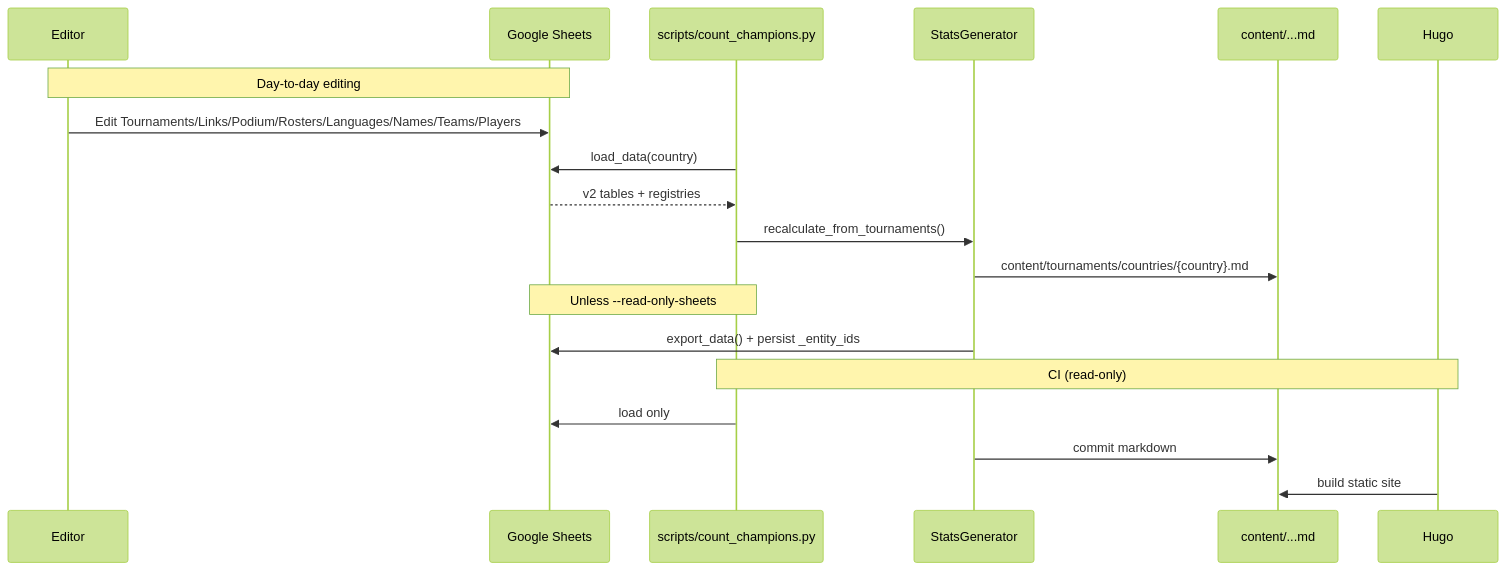
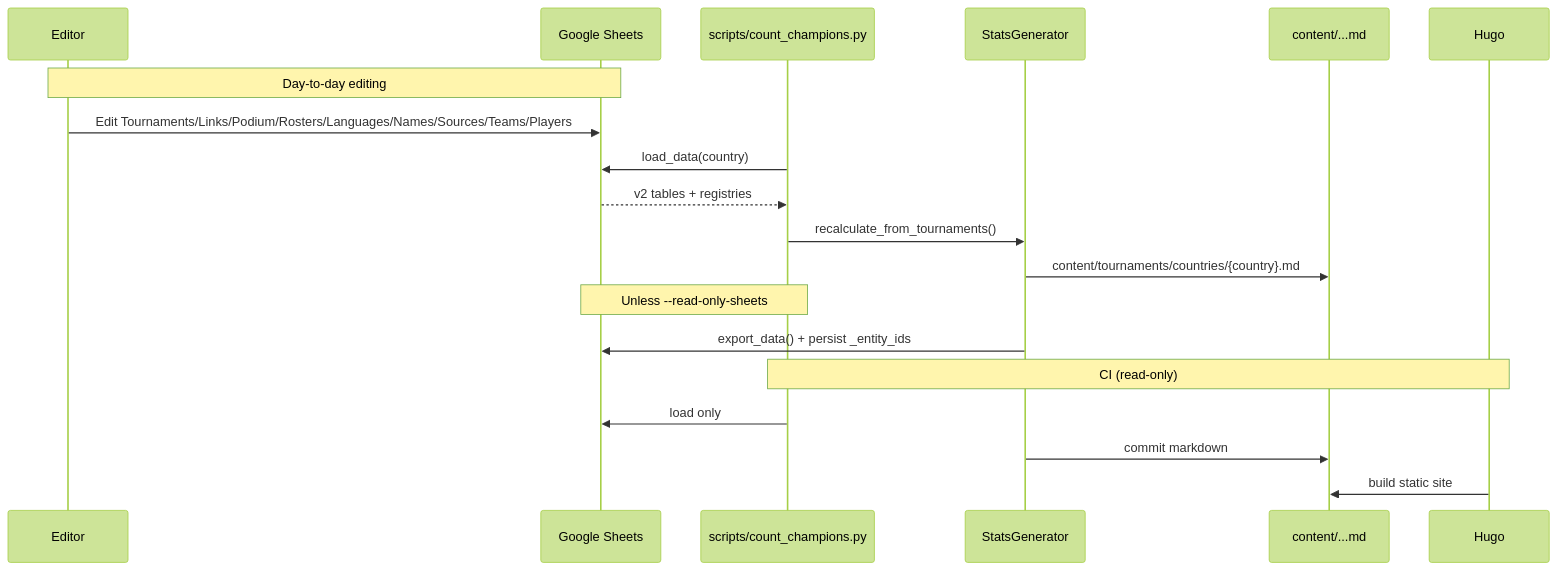
Before and after one commit to chgknews/stats: the second of 2 diagrams in docs/ARCHITECTURE.md, drawn with Mermaid (forest theme). The commit also changed other lines of this file and 6 other files, not shown here.

````diff
--- a/docs/ARCHITECTURE.md
+++ b/docs/ARCHITECTURE.md
@@ -105,23 +105,23 @@
 ```mermaid
 sequenceDiagram
     participant Editor
     participant Sheets as Google Sheets
     participant CLI as scripts/count_champions.py
     participant SG as StatsGenerator
     participant Files as content/...md
     participant Hugo
 
     Note over Editor,Sheets: Day-to-day editing
-    Editor->>Sheets: Edit Tournaments/Links/Podium/Rosters/Languages/Names/Teams/Players
+    Editor->>Sheets: Edit Tournaments/Links/Podium/Rosters/Languages/Names/Sources/Teams/Players
     CLI->>Sheets: load_data(country)
     Sheets-->>CLI: v2 tables + registries
     CLI->>SG: recalculate_from_tournaments()
     SG->>Files: content/tournaments/countries/{country}.md
     Note over CLI,Sheets: Unless --read-only-sheets
     SG->>Sheets: export_data() + persist _entity_ids
 
     Note over CLI,Hugo: CI (read-only)
     CLI->>Sheets: load only
     SG->>Files: commit markdown
     Hugo->>Files: build static site
 ```
````
